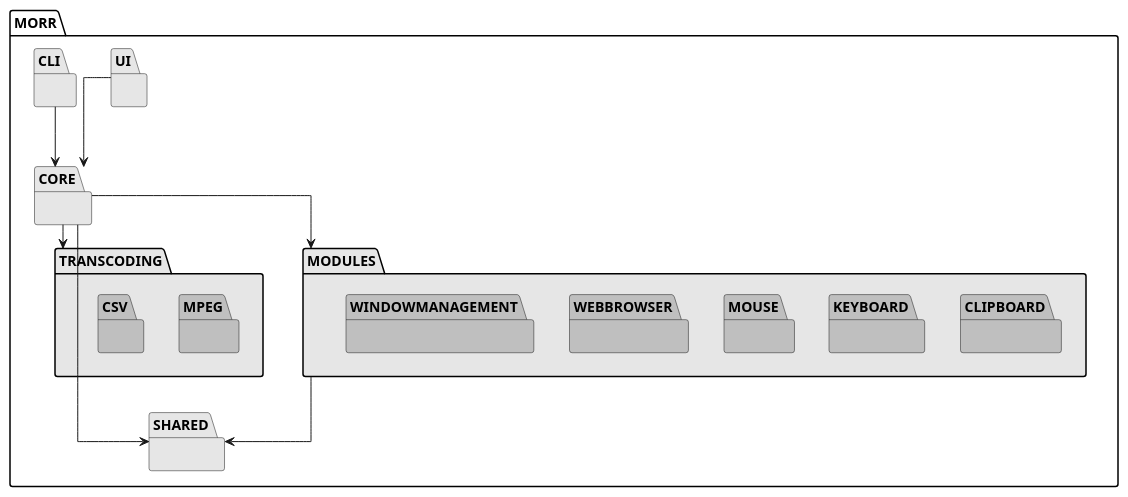
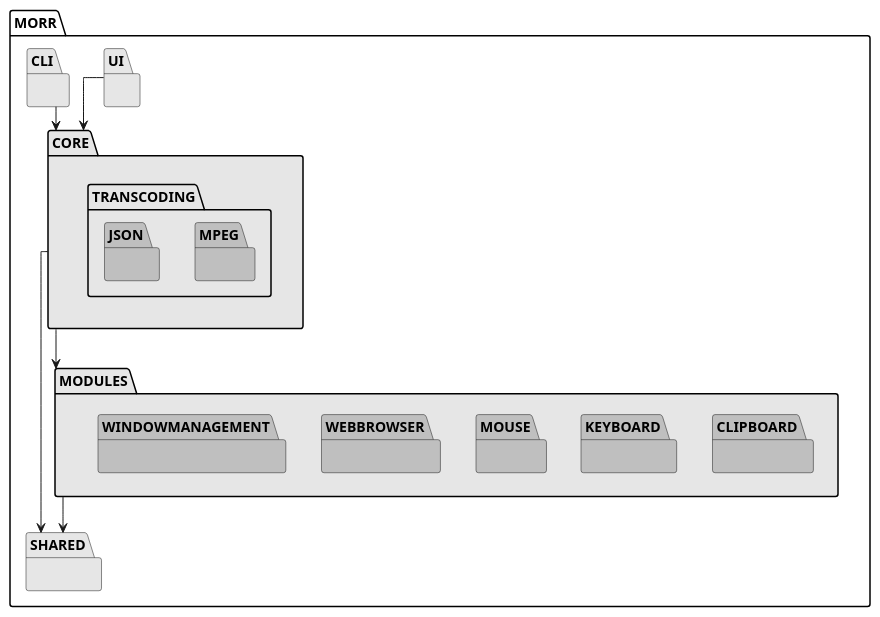
Before and after one commit to insightmind/MORR: the diagram in documents/sd/plantuml/packages.puml, drawn with PlantUML.

Commit message:
Update Packages relations

```diff
--- a/documents/sd/plantuml/packages.puml
+++ b/documents/sd/plantuml/packages.puml
@@ -1,62 +1,59 @@
 @startuml packages
 skinparam monochrome true
 skinparam linetype ortho
 
 package "MORR" {
     package "CORE" #E6E6E6 {
+        package "TRANSCODING" #E6E6E6 {
+            package "MPEG" #BFBFBF {
 
-    }
+            }
 
-    package "TRANSCODING" #E6E6E6 {
-        package "MPEG" #BFBFBF {
+            package "JSON" #BFBFBF {
 
+            } 
         }
-
-        package "CSV" #BFBFBF {
-
-        } 
     }
 
     package "UI" #E6E6E6 {
 
     }
 
     package "CLI" #E6E6E6 {
 
     }
 
     package "MODULES" #E6E6E6 {
         package "CLIPBOARD" #BFBFBF {
 
         }
 
         package "KEYBOARD" #BFBFBF {
 
         }
 
         package "MOUSE" #BFBFBF {
 
         }
 
         package "WEBBROWSER" #BFBFBF {
 
         }
 
         package "WINDOWMANAGEMENT" #BFBFBF {
 
         }
     }
     
 
     package "SHARED" #E6E6E6 {
 
     }
 
     CLI --> CORE
     UI --> CORE
     CORE --> SHARED
-    CORE --> TRANSCODING
     CORE --> MODULES
     MODULES --> SHARED
 }
 @enduml
```
